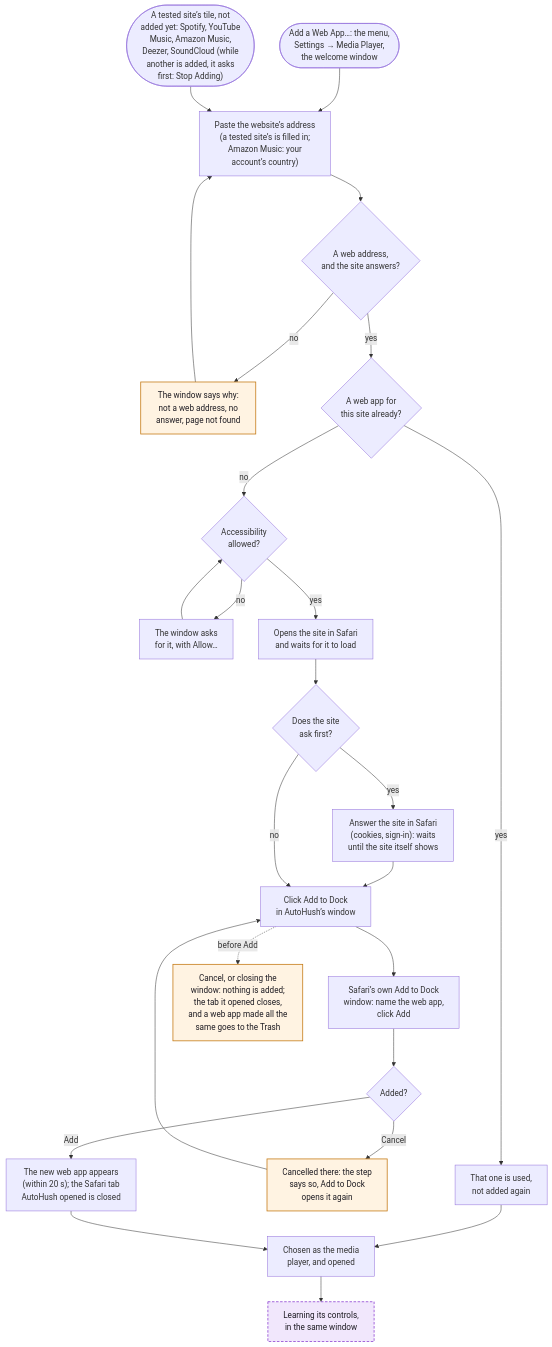
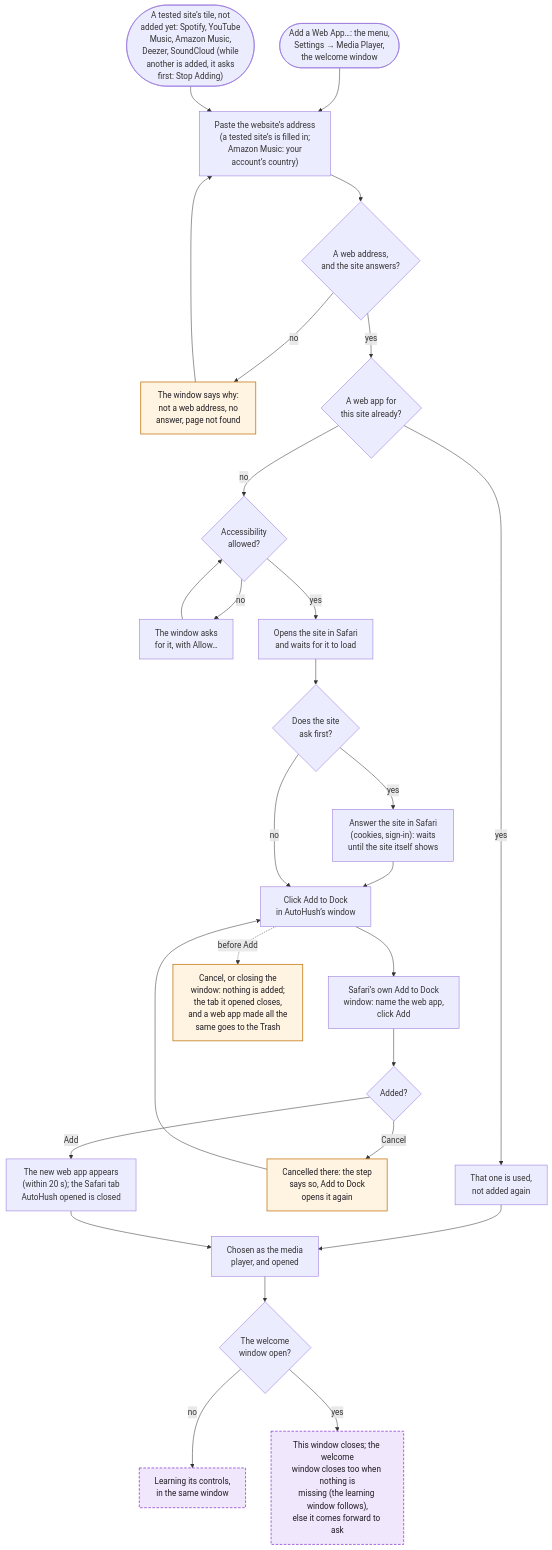
The seventh of 14 diagrams in WORKFLOWS.md (hfustercabre/AutoHush), drawn with Mermaid before and after one commit. The commit also changed other lines of this file and 3 other files, not shown here.

First line of the commit message:
docs: phase 3 in the changelog, style guide and flowcharts

````diff
--- a/WORKFLOWS.md
+++ b/WORKFLOWS.md
@@ -384,44 +389,48 @@
 ```mermaid
 flowchart TD
   ST(["Add a Web App…: the menu,<br/>Settings → Media Player,<br/>the welcome window"])
   SUG(["A tested site’s tile, not<br/>added yet: Spotify, YouTube<br/>Music, Amazon Music,<br/>Deezer, SoundCloud (while<br/>another is added, it asks<br/>first: Stop Adding)"])
   ADDR["Paste the website’s address<br/>(a tested site’s is filled in;<br/>Amazon Music: your<br/>account’s country)"]
   CHK{"A web address,<br/>and the site answers?"}
   ERR["The window says why:<br/>not a web address, no<br/>answer, page not found"]
   DUP{"A web app for<br/>this site already?"}
   USE["That one is used,<br/>not added again"]
   ACC{"Accessibility<br/>allowed?"}
   ACCN["The window asks<br/>for it, with Allow…"]
   OPEN["Opens the site in Safari<br/>and waits for it to load"]
   ASKS{"Does the site<br/>ask first?"}
   ANS["Answer the site in Safari<br/>(cookies, sign-in): waits<br/>until the site itself shows"]
   BTN["Click Add to Dock<br/>in AutoHush’s window"]
   DLG["Safari’s own Add to Dock<br/>window: name the web app,<br/>click Add"]
   OUT{"Added?"}
   AGAIN["Cancelled there: the step<br/>says so, Add to Dock<br/>opens it again"]
   MADE["The new web app appears<br/>(within 20 s); the Safari tab<br/>AutoHush opened is closed"]
   CHO["Chosen as the media<br/>player, and opened"]
   LRN["Learning its controls,<br/>in the same window"]
+  WEL{"The welcome<br/>window open?"}
+  BYW["This window closes; the welcome<br/>window closes too when nothing is<br/>missing (the learning window follows),<br/>else it comes forward to ask"]
   STOP["Cancel, or closing the<br/>window: nothing is added;<br/>the tab it opened closes,<br/>and a web app made all the<br/>same goes to the Trash"]
 
   ST --> ADDR
   SUG --> ADDR
   ADDR --> CHK
   CHK -->|"no"| ERR --> ADDR
   CHK -->|"yes"| DUP
   DUP -->|"yes"| USE --> CHO
   DUP -->|"no"| ACC
   ACC -->|"no"| ACCN --> ACC
   ACC -->|"yes"| OPEN --> ASKS
   ASKS -->|"yes"| ANS --> BTN
   ASKS -->|"no"| BTN
   BTN --> DLG --> OUT
   OUT -->|"Cancel"| AGAIN --> BTN
-  OUT -->|"Add"| MADE --> CHO --> LRN
+  OUT -->|"Add"| MADE --> CHO --> WEL
+  WEL -->|"no"| LRN
+  WEL -->|"yes"| BYW
   BTN -.->|"before Add"| STOP
 
-  class LRN ref
+  class LRN,BYW ref
   class ERR,AGAIN,STOP warn
   classDef ref fill:#f1e7fc,stroke:#8a3fd1,stroke-width:1.5px,stroke-dasharray: 5 3,color:#1d1b22
   classDef warn fill:#fff3e2,stroke:#c47812,stroke-width:1.5px,color:#1d1b22
 ```
````
